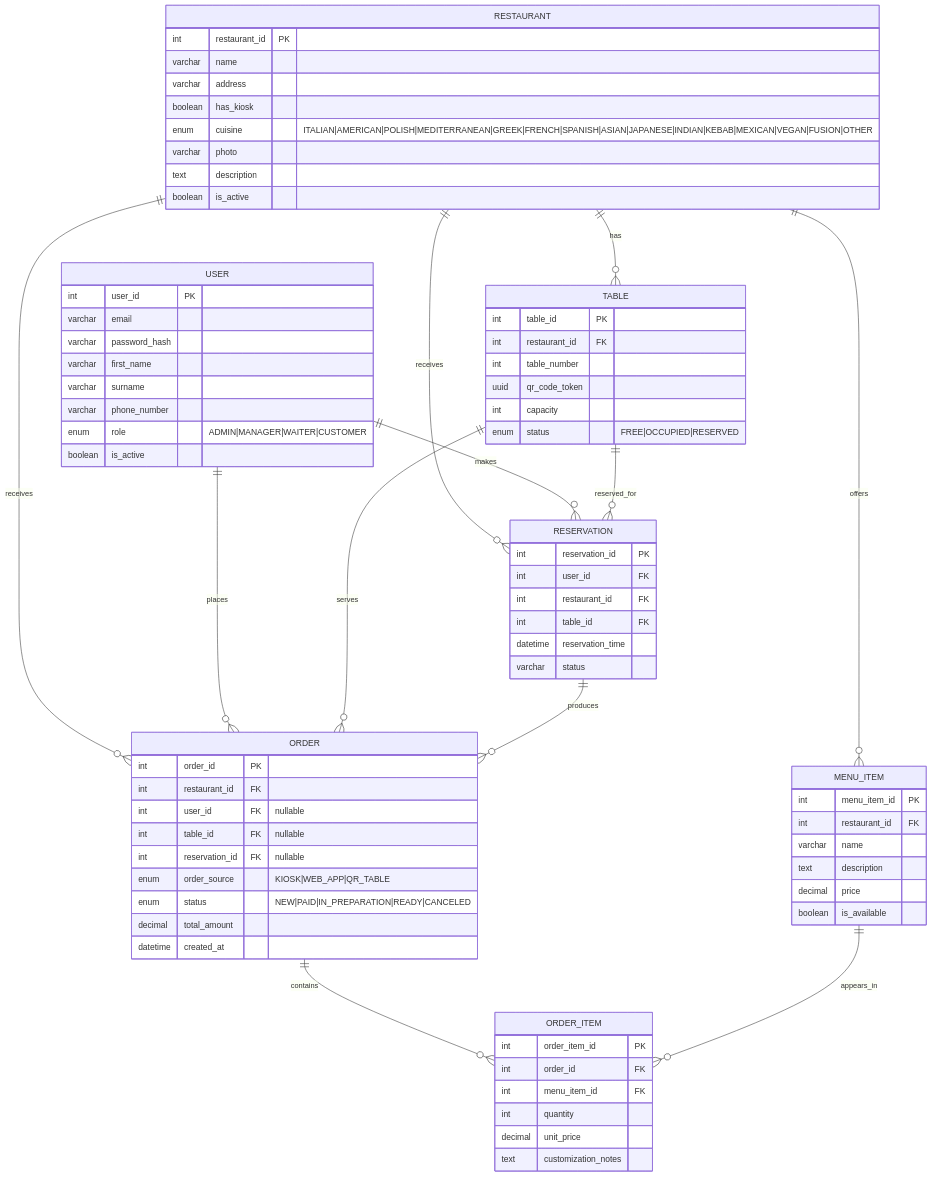
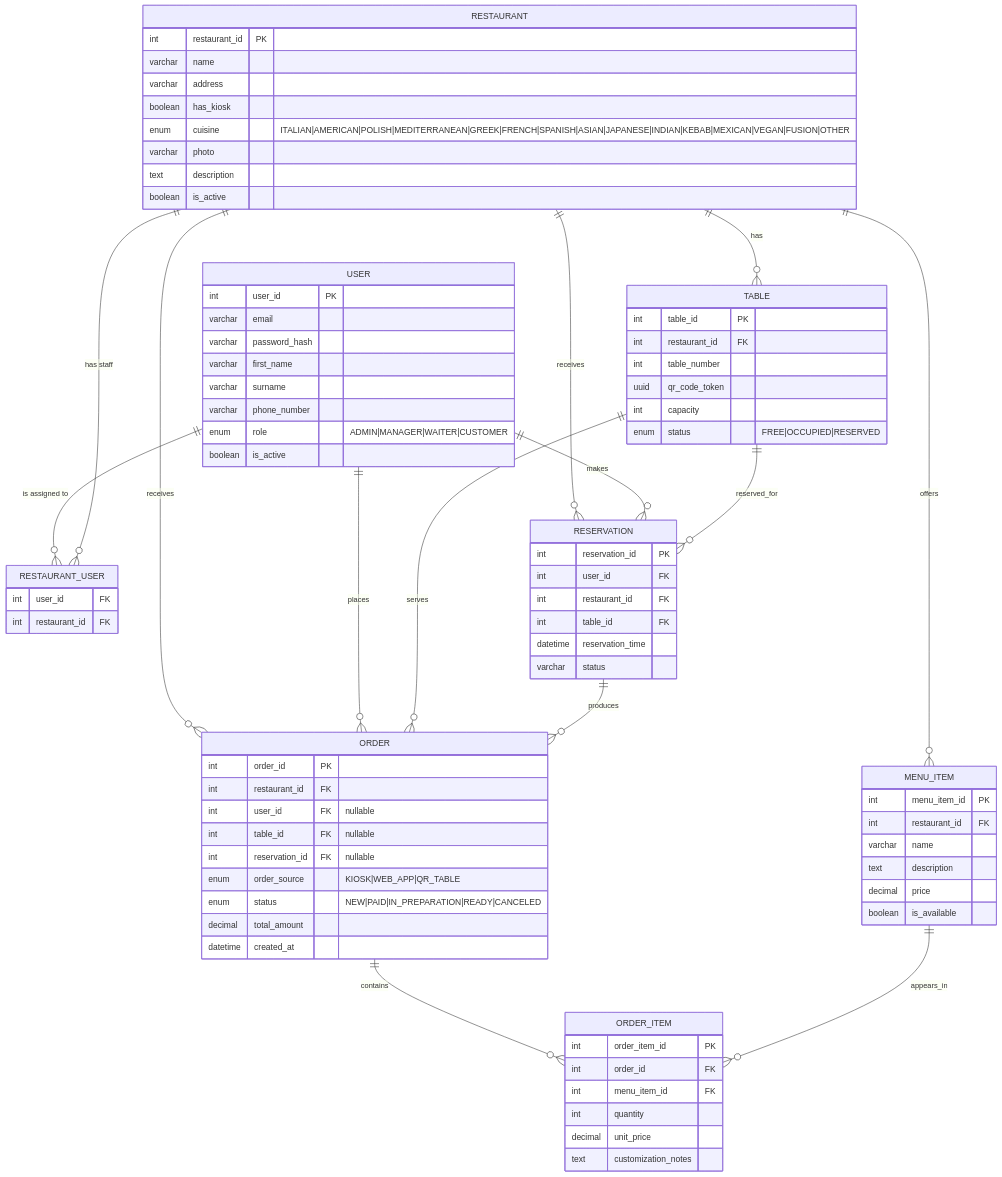
Before and after one commit to MatiBukowski/Zastosowania-Informatyki-w-gospodarce-: the second of 2 diagrams in Documentation/ARCHITECTURE.md, drawn with Mermaid.

Commit message:
Add RESTAURANT_USER entity and relationships

```diff
--- a/Documentation/ARCHITECTURE.md
+++ b/Documentation/ARCHITECTURE.md
@@ -149,6 +149,11 @@
     varchar photo
     text description
     boolean is_active
+  }
+
+  RESTAURANT_USER {
+    int user_id FK
+    int restaurant_id FK
   }
 
   TABLE {
@@ -199,6 +204,9 @@
     varchar status
   }
 
+  USER ||--o{ RESTAURANT_USER : "is assigned to"
+  RESTAURANT ||--o{ RESTAURANT_USER : "has staff"
+
   RESTAURANT ||--o{ TABLE : has
   RESTAURANT ||--o{ MENU_ITEM : offers
   RESTAURANT ||--o{ "ORDER" : receives
```
